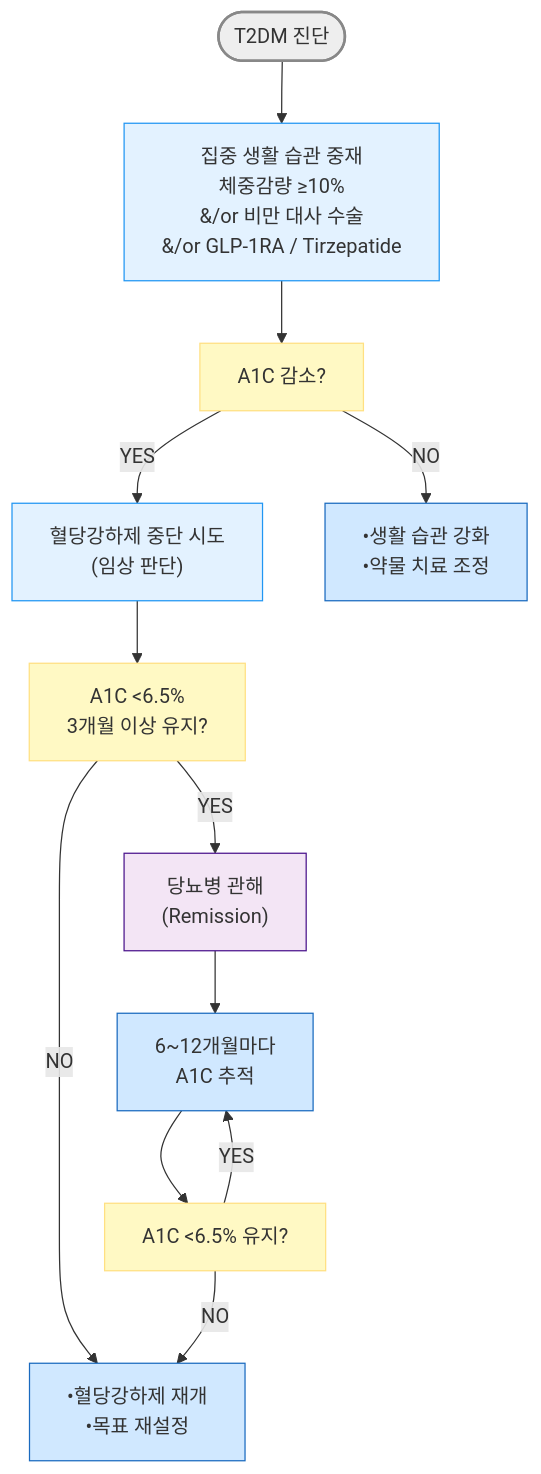
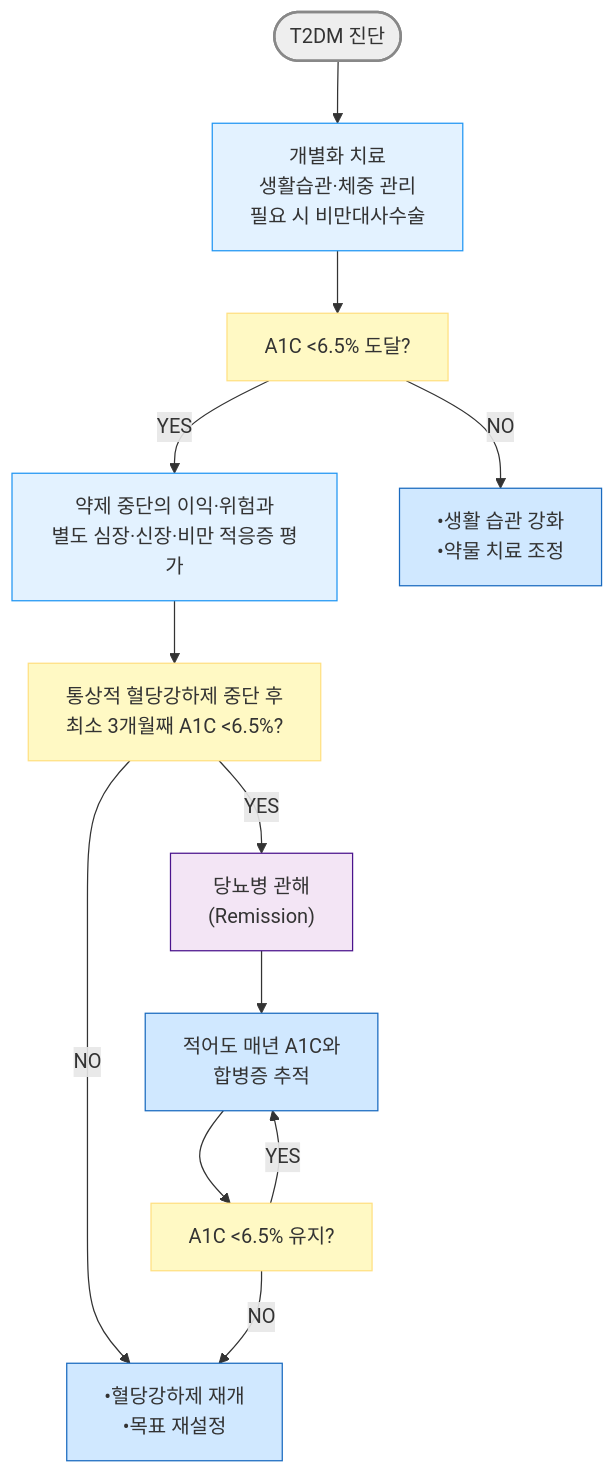
Before and after one commit to familyoh77/familyoh77: the second of 4 diagrams in 226_/100_-diabetes-mellitus.md, drawn with Mermaid. The commit also changed other lines of this file and 1 other file, not shown here.

````diff
--- a/226_/100_-diabetes-mellitus.md
+++ b/226_/100_-diabetes-mellitus.md
@@ -569,23 +560,23 @@
 ```mermaid
 graph TD
-    A(["T2DM 진단"]) --> B["집중 생활 습관 중재<br/>체중감량 ≥10%<br/>&/or 비만 대사 수술<br/>&/or GLP-1RA / Tirzepatide"]
-    B --> C["A1C 감소?"]
-    C -->|YES| D["혈당강하제 중단 시도<br/>(임상 판단)"]
-    D --> E["A1C &lt;6.5%<br/>3개월 이상 유지?"]
+    A(["T2DM 진단"]) --> B["개별화 치료<br/>생활습관·체중 관리<br/>필요 시 비만대사수술"]
+    B --> C["A1C &lt;6.5% 도달?"]
+    C -->|YES| D["약제 중단의 이익·위험과<br/>별도 심장·신장·비만 적응증 평가"]
+    D --> E["통상적 혈당강하제 중단 후<br/>최소 3개월째 A1C &lt;6.5%?"]
     E -->|YES| F["당뇨병 관해<br/>(Remission)"]
     E -->|NO| G["•혈당강하제 재개<br/>•목표 재설정"]
-    F --> H["6~12개월마다<br/>A1C 추적"]
+    F --> H["적어도 매년 A1C와<br/>합병증 추적"]
     H --> I["A1C &lt;6.5% 유지?"]
     I -->|YES| H
     I -->|NO| G
     C -->|NO| J["•생활 습관 강화<br/>•약물 치료 조정"]
 
 style A fill:#eeeeee,stroke:#888888,stroke-width:2px
 classDef sky fill:#e3f2ff,stroke:#2196f3
 class B,D sky
 classDef yellow fill:#fff9c4,stroke:#ffe082
 class C,I,E yellow
 classDef blue fill:#d0e8ff,stroke:#1a6abf
 class J,H,G blue
 style F fill:#f3e5f5,stroke:#4a148c
 ```
````
